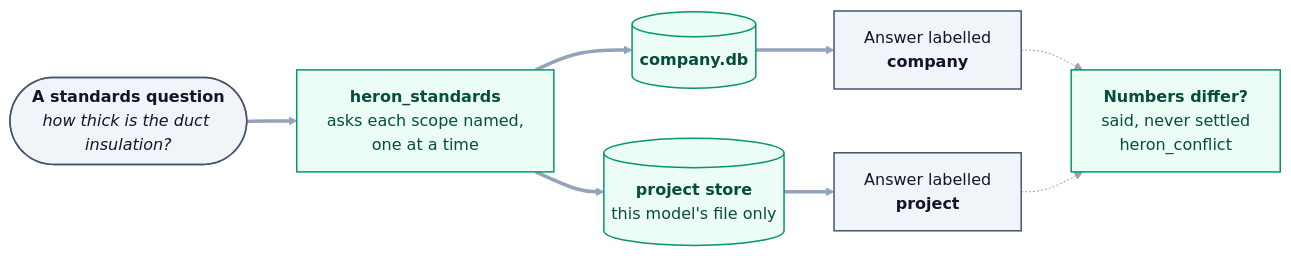
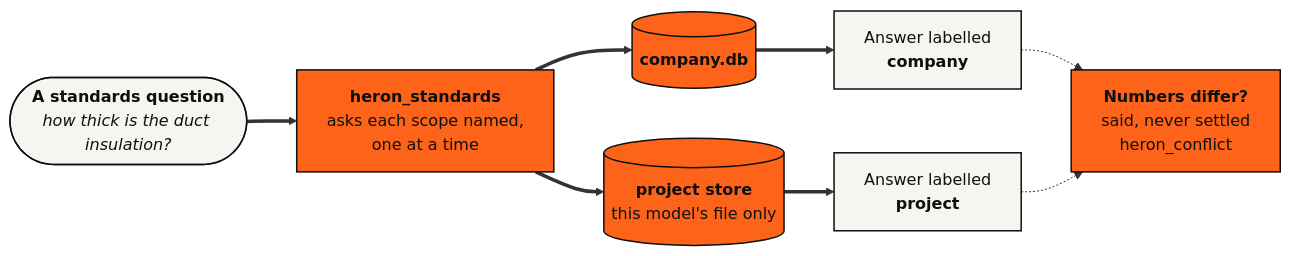
Before and after one commit to Ajmalpshaik/Heron-AI: the first of 2 diagrams in docs/10-memory-and-knowledge.md, drawn with Mermaid. The commit also changed other lines of this file and 44 other files, not shown here.

First line of the commit message:
Diagrams in the other docs move to the brand palette (D-149, #1116)

````diff
--- a/docs/10-memory-and-knowledge.md
+++ b/docs/10-memory-and-knowledge.md
@@ -54,22 +54,21 @@
 ```mermaid
-%%{init: {"themeVariables": {"edgeLabelBackground":"#F1F5F9","lineColor":"#94A3B8","textColor":"#0F172A","tertiaryTextColor":"#0F172A"}}}%%
 flowchart LR
     Q(["<b>A standards question</b><br/><i>how thick is the duct insulation?</i>"])
     HS["<b>heron_standards</b><br/>asks each scope named,<br/>one at a time"]
     CO[("<b>company.db</b>")]
     PR[("<b>project store</b><br/>this model's file only")]
     A1["Answer labelled<br/><b>company</b>"]
     A2["Answer labelled<br/><b>project</b>"]
     CF["<b>Numbers differ?</b><br/>said, never settled<br/>heron_conflict"]
 
     Q ==> HS
     HS ==> CO ==> A1
     HS ==> PR ==> A2
     A1 -.-> CF
     A2 -.-> CF
 
-    classDef user fill:#F1F5F9,stroke:#475569,stroke-width:1.5px,color:#0F172A
-    classDef brain fill:#ECFDF5,stroke:#059669,stroke-width:1.5px,color:#064E3B
+    classDef user fill:#F7F5F2,stroke:#0F0F10,stroke-width:1.5px,color:#0F0F10
+    classDef brain fill:#FD641A,stroke:#0F0F10,stroke-width:1.5px,color:#0F0F10
     class Q,A1,A2 user
     class HS,CO,PR,CF brain
 ```
````
